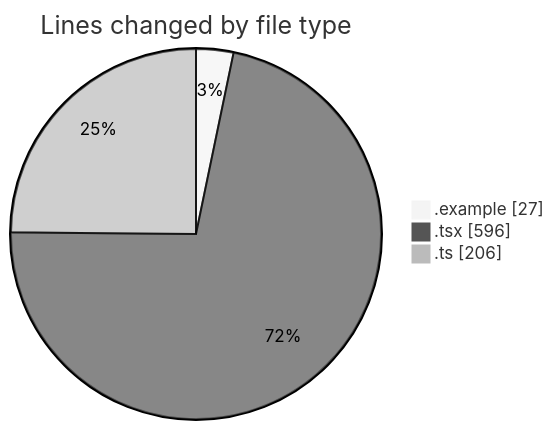
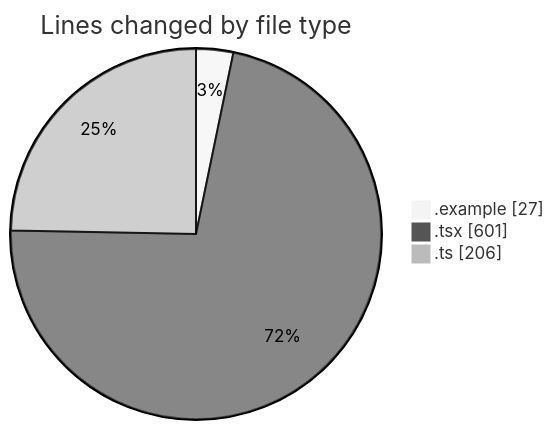
The first of 2 diagrams in 2025-11-16/eventscop-frontend-guide__workspace_/README.md (julien-gomy/code-tracking), drawn with Mermaid (neutral theme) before and after one commit. The commit also changed other lines of this file and 1 other file, not shown here.

````diff
--- a/2025-11-16/eventscop-frontend-guide__workspace_/README.md
+++ b/2025-11-16/eventscop-frontend-guide__workspace_/README.md
@@ -26,7 +26,7 @@
 ```mermaid
 pie showData
 title Lines changed by file type
 ".example" : 27
-".tsx" : 596
+".tsx" : 601
 ".ts" : 206
 ```
````
